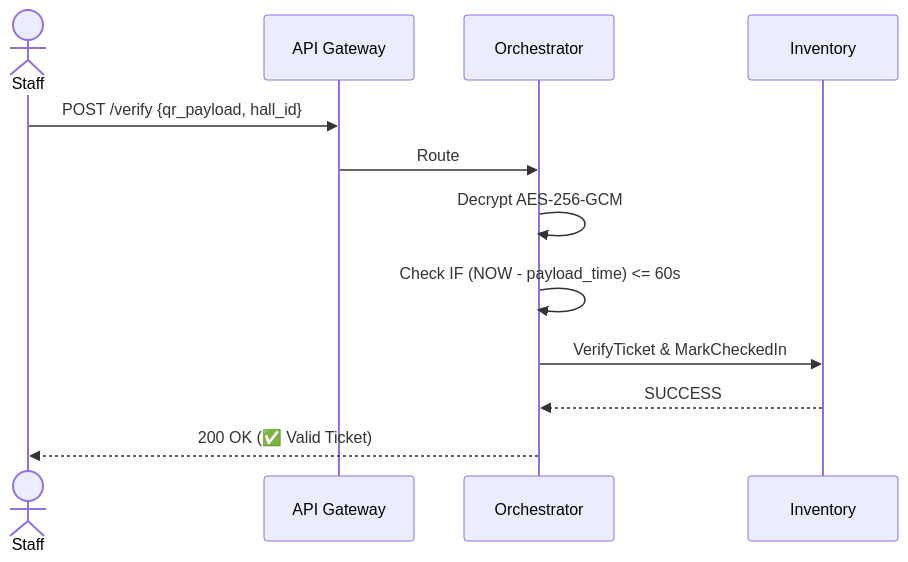
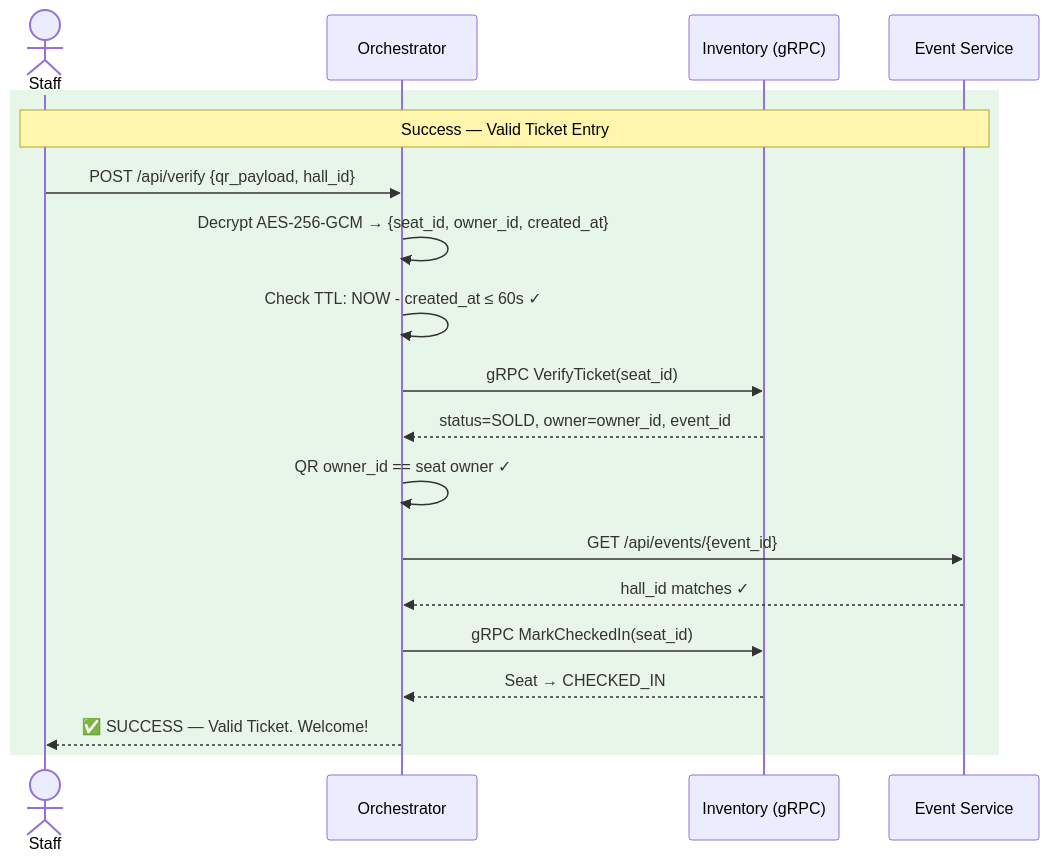
The eighth of 12 diagrams in README.md (bryanseah234/ticketremaster-b), drawn with Mermaid before and after one commit. The commit also changed other lines of this file, not shown here.

First line of the commit message:
docs: update README with accurate scenarios, failure paths, and mermaid diagrams

````diff
--- a/README.md
+++ b/README.md
@@ -268,15 +512,22 @@
 ```mermaid
 sequenceDiagram
     actor Staff
-    participant Nginx as API Gateway
     participant Orch as Orchestrator
-    participant Inv as Inventory
-    
-    Staff->>Nginx: POST /verify {qr_payload, hall_id}
-    Nginx->>Orch: Route
-    Orch->>Orch: Decrypt AES-256-GCM
-    Orch->>Orch: Check IF (NOW - payload_time) <= 60s
-    Orch->>Inv: VerifyTicket & MarkCheckedIn
-    Inv-->>Orch: SUCCESS
-    Orch-->>Staff: 200 OK (✅ Valid Ticket)
+    participant Inv as Inventory (gRPC)
+    participant EventS as Event Service
+
+    rect rgb(232, 245, 233)
+    Note over Staff,EventS: Success — Valid Ticket Entry
+    Staff->>Orch: POST /api/verify {qr_payload, hall_id}
+    Orch->>Orch: Decrypt AES-256-GCM → {seat_id, owner_id, created_at}
+    Orch->>Orch: Check TTL: NOW - created_at ≤ 60s ✓
+    Orch->>Inv: gRPC VerifyTicket(seat_id)
+    Inv-->>Orch: status=SOLD, owner=owner_id, event_id
+    Orch->>Orch: QR owner_id == seat owner ✓
+    Orch->>EventS: GET /api/events/{event_id}
+    EventS-->>Orch: hall_id matches ✓
+    Orch->>Inv: gRPC MarkCheckedIn(seat_id)
+    Inv-->>Orch: Seat → CHECKED_IN
+    Orch-->>Staff: ✅ SUCCESS — Valid Ticket. Welcome!
+    end
 ```
````
